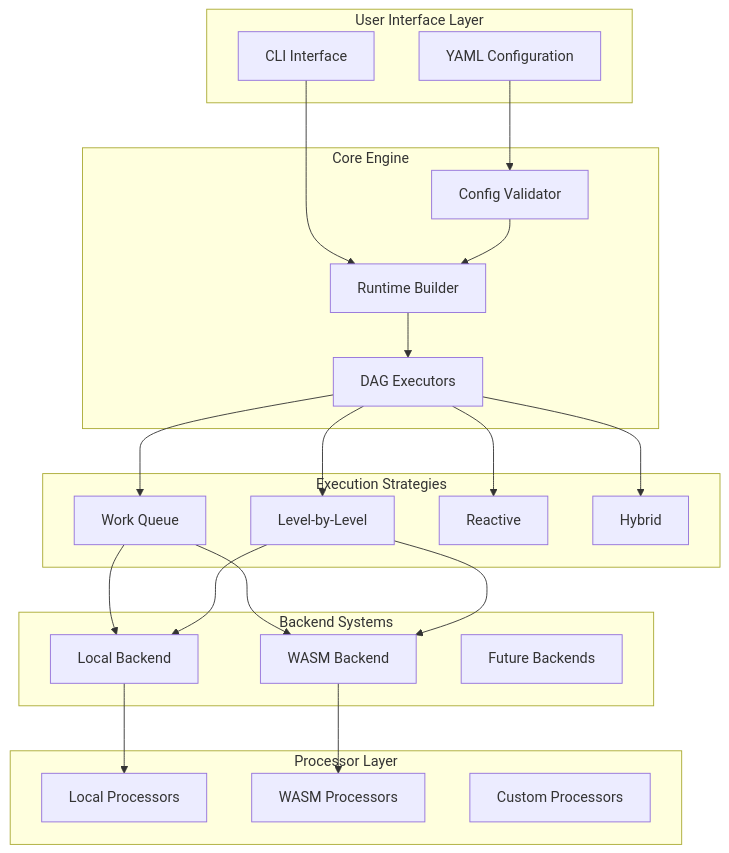
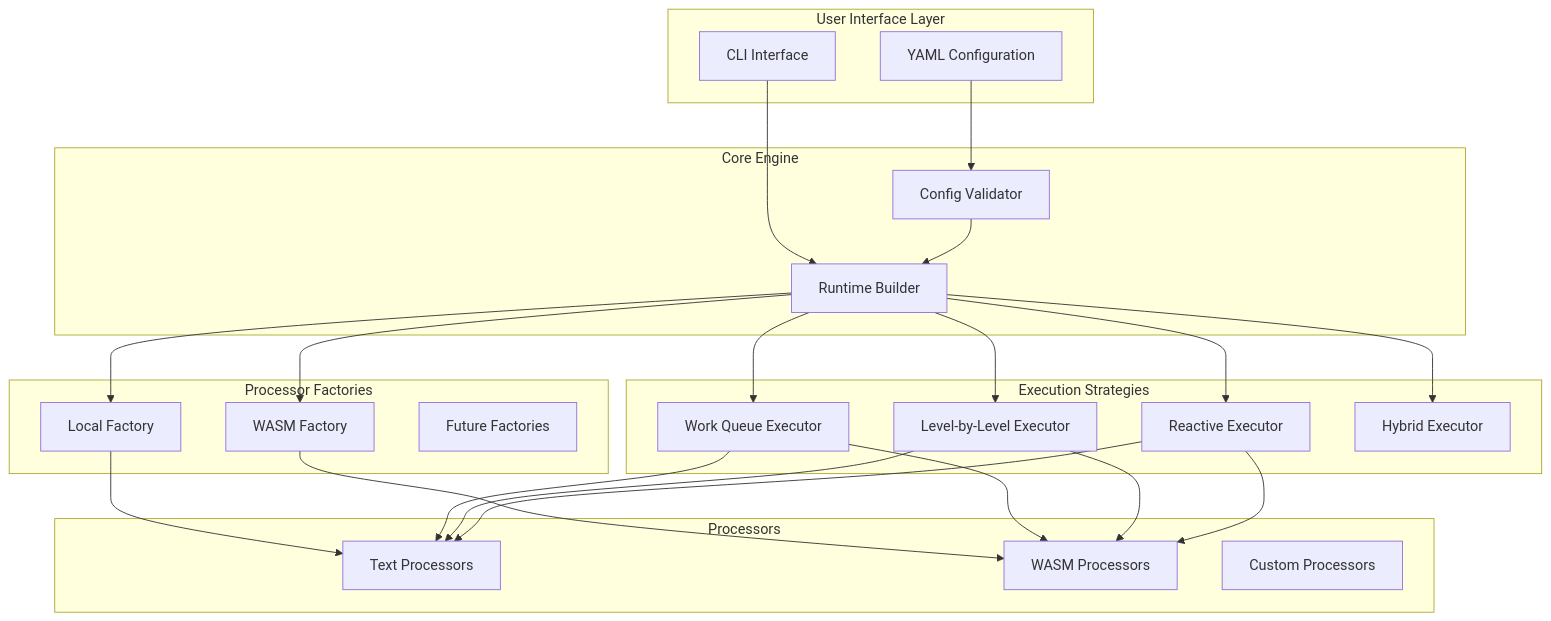
One commit to ciroque/the-dagwood changed the diagram in docs/demo/src/architecture.md. Above: the diagram before and after it, drawn with Mermaid. The commit also changed other lines of this file and 3 other files, not shown here.

Commit message:
Architecture updates

````diff
--- a/docs/demo/src/architecture.md
+++ b/docs/demo/src/architecture.md
@@ -9,47 +9,49 @@
 ```mermaid
 graph TB
     subgraph "User Interface Layer"
         CLI[CLI Interface]
         Config[YAML Configuration]
     end
     
     subgraph "Core Engine"
         Runtime[Runtime Builder]
-        Executor[DAG Executors]
         Validator[Config Validator]
     end
     
     subgraph "Execution Strategies"
-        WQ[Work Queue]
-        LBL[Level-by-Level]
-        Reactive[Reactive]
-        Hybrid[Hybrid]
+        WQ[Work Queue Executor]
+        LBL[Level-by-Level Executor]
+        Reactive[Reactive Executor]
+        Hybrid[Hybrid Executor]
     end
     
-    subgraph "Backend Systems"
-        Local[Local Backend]
-        WASM[WASM Backend]
-        Future[Future Backends]
+    subgraph "Processor Factories"
+        LocalFactory[Local Factory]
+        WasmFactory[WASM Factory]
+        FutureFactory[Future Factories]
     end
     
-    subgraph "Processor Layer"
-        LP[Local Processors]
-        WP[WASM Processors]
-        Custom[Custom Processors]
+    subgraph "Processors"
+        TextProc[Text Processors]
+        WasmProc[WASM Processors]
+        CustomProc[Custom Processors]
     end
     
     CLI --> Runtime
     Config --> Validator
     Validator --> Runtime
-    Runtime --> Executor
-    Executor --> WQ
-    Executor --> LBL
-    Executor --> Reactive
-    Executor --> Hybrid
-    WQ --> Local
-    WQ --> WASM
-    LBL --> Local
-    LBL --> WASM
-    Local --> LP
-    WASM --> WP
+    Runtime --> WQ
+    Runtime --> LBL
+    Runtime --> Reactive
+    Runtime --> Hybrid
+    Runtime --> LocalFactory
+    Runtime --> WasmFactory
+    LocalFactory --> TextProc
+    WasmFactory --> WasmProc
+    WQ --> TextProc
+    WQ --> WasmProc
+    LBL --> TextProc
+    LBL --> WasmProc
+    Reactive --> TextProc
+    Reactive --> WasmProc
 ```
````
